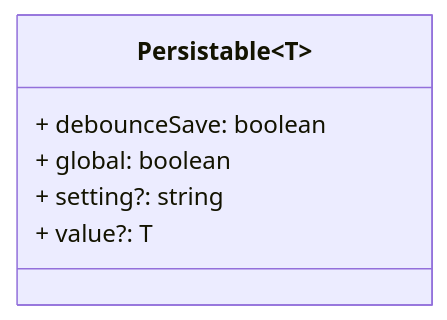
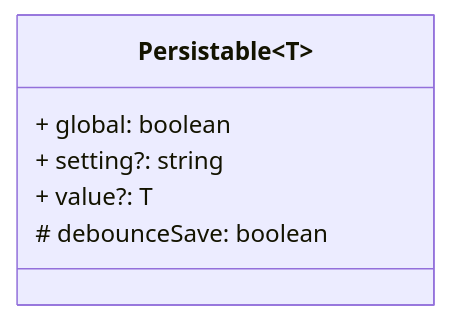
Before and after one commit to elgatosf/streamdeck: the first of 3 diagrams in src/ui/mixins/README.md, drawn with Mermaid. The commit also changed 1 other file, not shown here.

Commit message:
refactor: update debounce to protected

````diff
--- a/src/ui/mixins/README.md
+++ b/src/ui/mixins/README.md
@@ -7,9 +7,9 @@
 ```mermaid
 classDiagram
     class Persistable~T~ {
-        + debounceSave: boolean
         + global: boolean
         + setting?: string
         + value?: T
+        # debounceSave: boolean
     }
 ```
````
